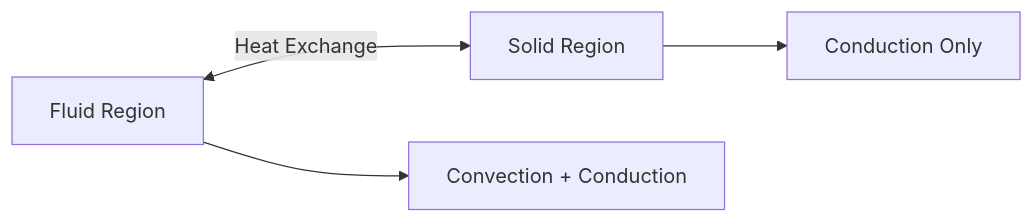
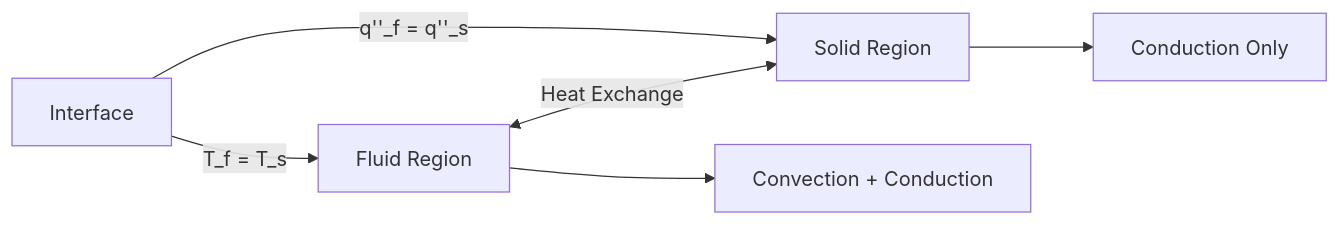
Before and after one commit to wramet/build-my-cfd: the diagram in MODULE_06_ADVANCED_PHYSICS/CONTENT/02_COUPLED_PHYSICS/02_Conjugate_Heat_Transfer.md, drawn with Mermaid. The commit also changed other lines of this file and 107 other files, not shown here.

````diff
--- a/MODULE_06_ADVANCED_PHYSICS/CONTENT/02_COUPLED_PHYSICS/02_Conjugate_Heat_Transfer.md
+++ b/MODULE_06_ADVANCED_PHYSICS/CONTENT/02_COUPLED_PHYSICS/02_Conjugate_Heat_Transfer.md
@@ -22,6 +112,8 @@
 ```mermaid
 flowchart LR
     A[Fluid Region] <-->|Heat Exchange| B[Solid Region]
     A --> C[Convection + Conduction]
     B --> D[Conduction Only]
+    E[Interface] -->|T_f = T_s| A
+    E -->|q''_f = q''_s| B
 ```
````
